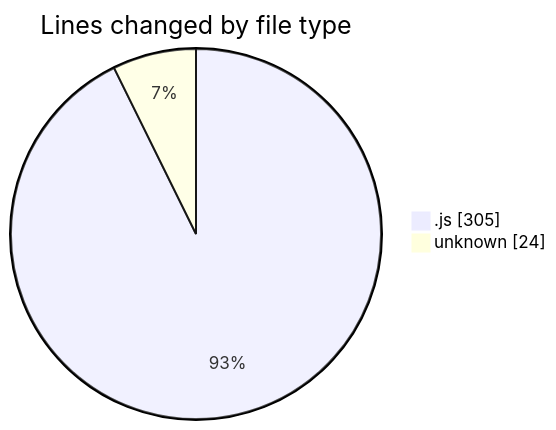
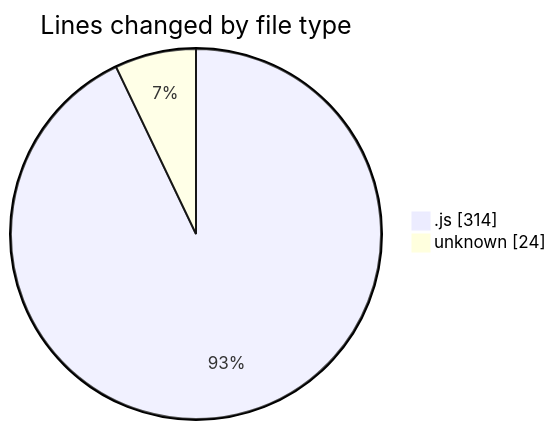
The first of 2 diagrams in 2025-02-05/cda/README.md (momahboobian/code-tracking), drawn with Mermaid before and after one commit. The commit also changed other lines of this file and 1 other file, not shown here.

````diff
--- a/2025-02-05/cda/README.md
+++ b/2025-02-05/cda/README.md
@@ -27,6 +27,6 @@
 ```mermaid
 pie showData
 title Lines changed by file type
-".js" : 305
+".js" : 314
 "unknown" : 24
 ```
````
